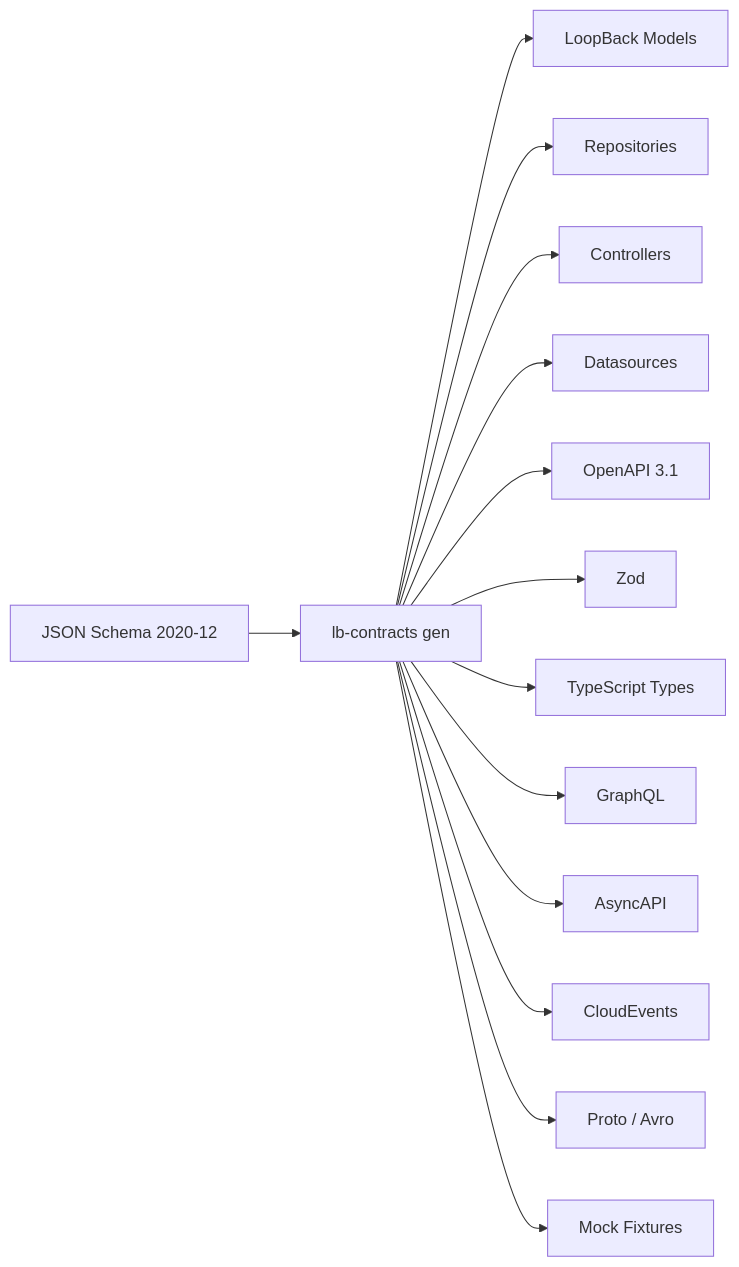
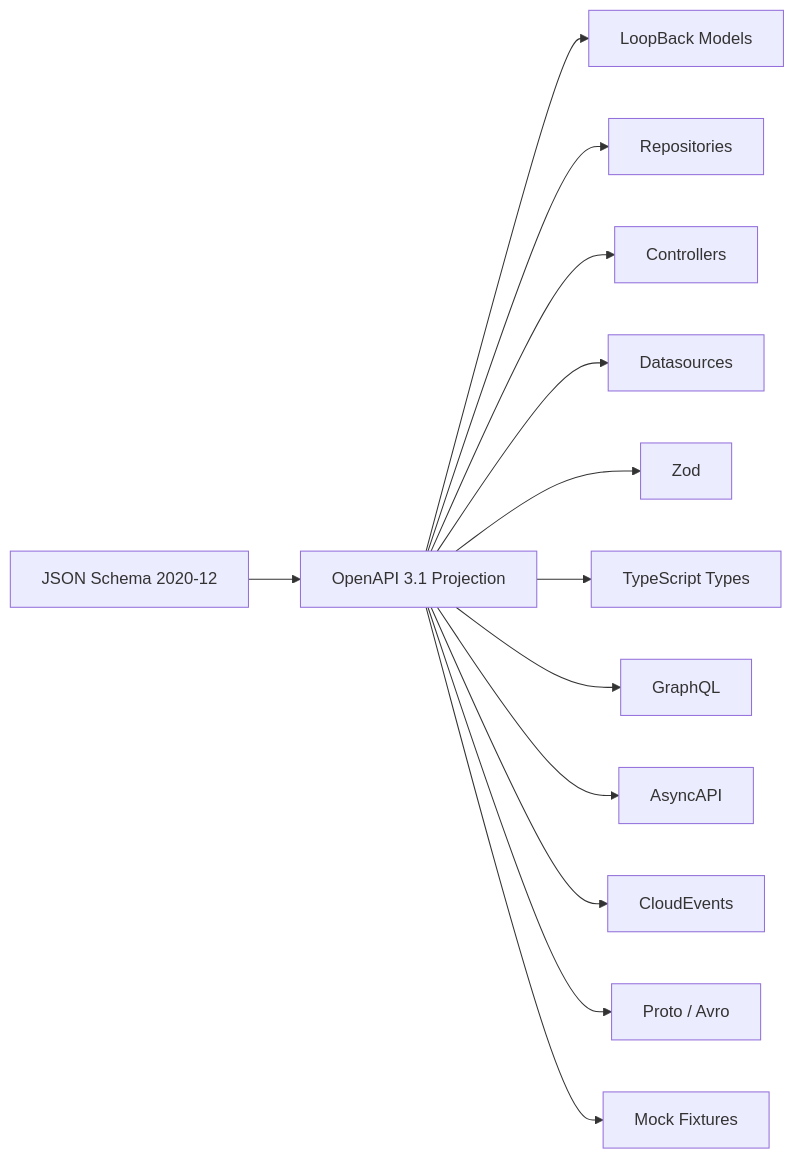
The diagram in README.md (ebarahona/loopback-contracts), drawn with Mermaid before and after one commit. The commit also changed other lines of this file, not shown here.

````diff
--- a/README.md
+++ b/README.md
@@ -128,18 +48,19 @@
 ```mermaid
 graph LR
-  A[JSON Schema 2020-12] --> B[lb-contracts gen]
+
+  A[JSON Schema 2020-12]
+    --> B[OpenAPI 3.1 Projection]
 
   B --> C[LoopBack Models]
   B --> D[Repositories]
   B --> E[Controllers]
   B --> F[Datasources]
-  B --> G[OpenAPI 3.1]
 
-  B --> H[Zod]
-  B --> I[TypeScript Types]
-  B --> J[GraphQL]
-  B --> K[AsyncAPI]
-  B --> L[CloudEvents]
-  B --> M[Proto / Avro]
-  B --> N[Mock Fixtures]
+  B --> G[Zod]
+  B --> H[TypeScript Types]
+  B --> I[GraphQL]
+  B --> J[AsyncAPI]
+  B --> K[CloudEvents]
+  B --> L[Proto / Avro]
+  B --> M[Mock Fixtures]
 ```
````
